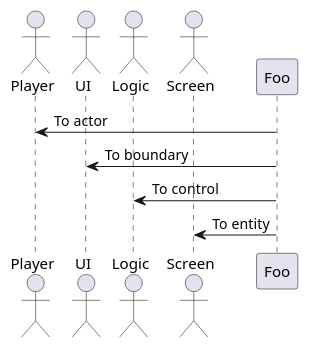
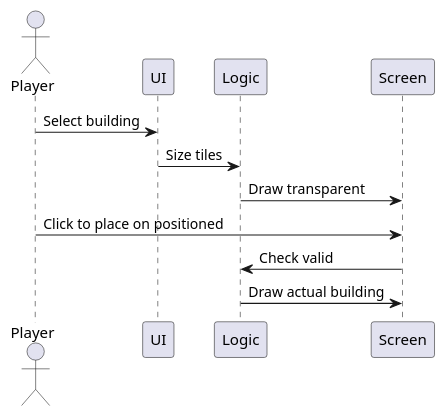
The diagram in Plant UML Diagrams/Place Building.puml (jobyoung05/ENG1-pixels-of-promise), drawn with PlantUML before and after one commit.

Commit message:
updated sequence uml

```diff
--- a/Plant UML Diagrams/Place Building.puml
+++ b/Plant UML Diagrams/Place Building.puml
@@ -1,12 +1,12 @@
 @startuml
 actor       Player       as Foo1
-actor       UI           as Foo2
-actor       Logic        as Foo3
-actor       Screen       as Foo4
 
-Foo -> Foo1 : To actor
-Foo -> Foo2 : To boundary
-Foo -> Foo3 : To control
-Foo -> Foo4 : To entity
+Foo1 -> UI : Select building
+UI -> Logic : Size tiles
+Logic -> Screen : Draw transparent
+Foo1 -> Screen : Click to place on positioned
+Screen -> Logic : Check valid
+Logic -> Screen : Draw actual building
+
 
 @enduml
```
